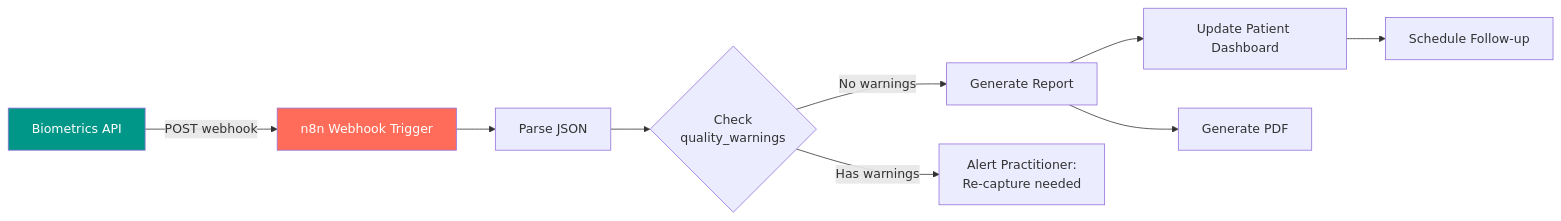
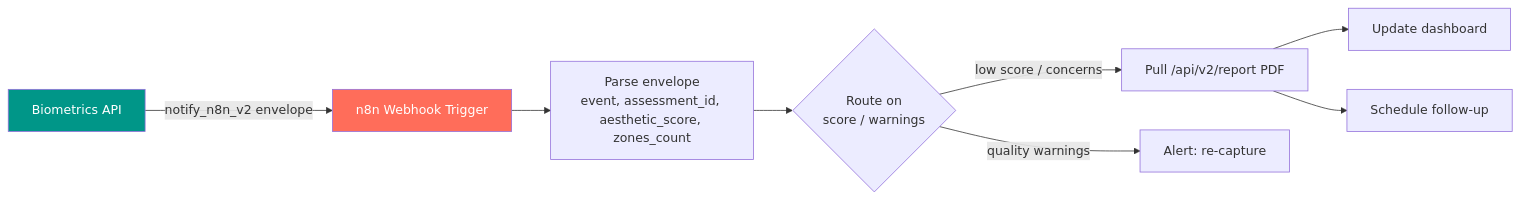
Before and after one commit to JNassar77/aesthetic-biometrics-engine: the sixth of 6 diagrams in docs/GRAPH.md, drawn with Mermaid. The commit also changed other lines of this file and 1 other file, not shown here.

First line of the commit message:
docs: full V1→V2 refresh of FEATURES.md + GRAPH.md

````diff
--- a/docs/GRAPH.md
+++ b/docs/GRAPH.md
@@ -230,16 +239,13 @@
 ```mermaid
 graph LR
-    API[Biometrics API] -->|POST webhook| WH[n8n Webhook Trigger]
-    WH --> PARSE[Parse JSON]
-    PARSE --> COND{Check<br/>quality_warnings}
-
-    COND -->|No warnings| REPORT[Generate Report]
-    COND -->|Has warnings| NOTIFY[Alert Practitioner:<br/>Re-capture needed]
-
-    REPORT --> DASH[Update Patient Dashboard]
-    REPORT --> PDF[Generate PDF]
-    DASH --> SCHEDULE[Schedule Follow-up]
+    API[Biometrics API] -->|notify_n8n_v2 envelope| WH[n8n Webhook Trigger]
+    WH --> PARSE[Parse envelope<br/>event, assessment_id, aesthetic_score, zones_count]
+    PARSE --> COND{Route on<br/>score / warnings}
+    COND -->|low score / concerns| REPORT[Pull /api/v2/report PDF]
+    COND -->|quality warnings| NOTIFY[Alert: re-capture]
+    REPORT --> DASH[Update dashboard]
+    REPORT --> SCHEDULE[Schedule follow-up]
 
     style API fill:#009688,color:#fff
     style WH fill:#FF6D5A,color:#fff
 ```
````
